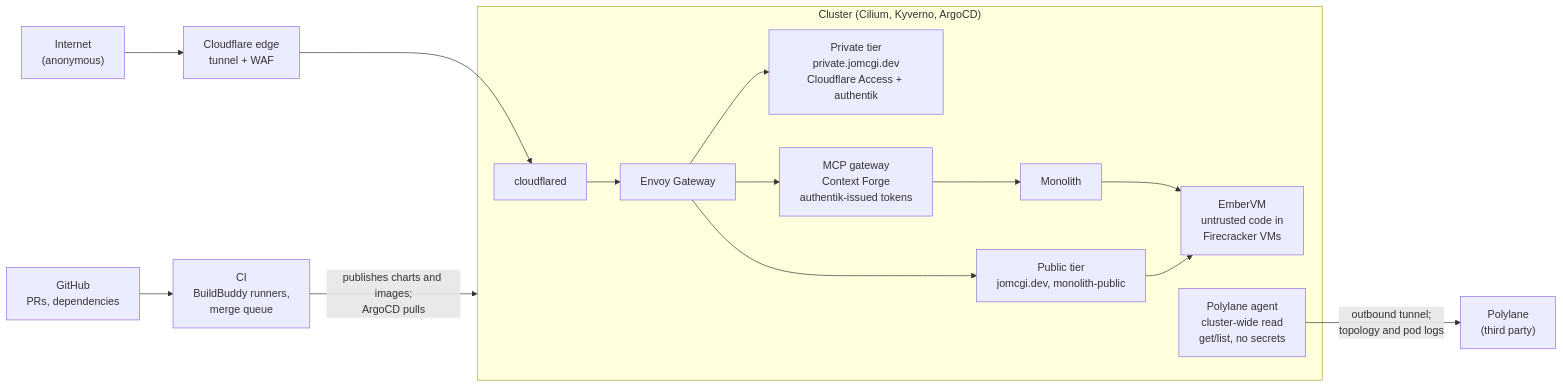
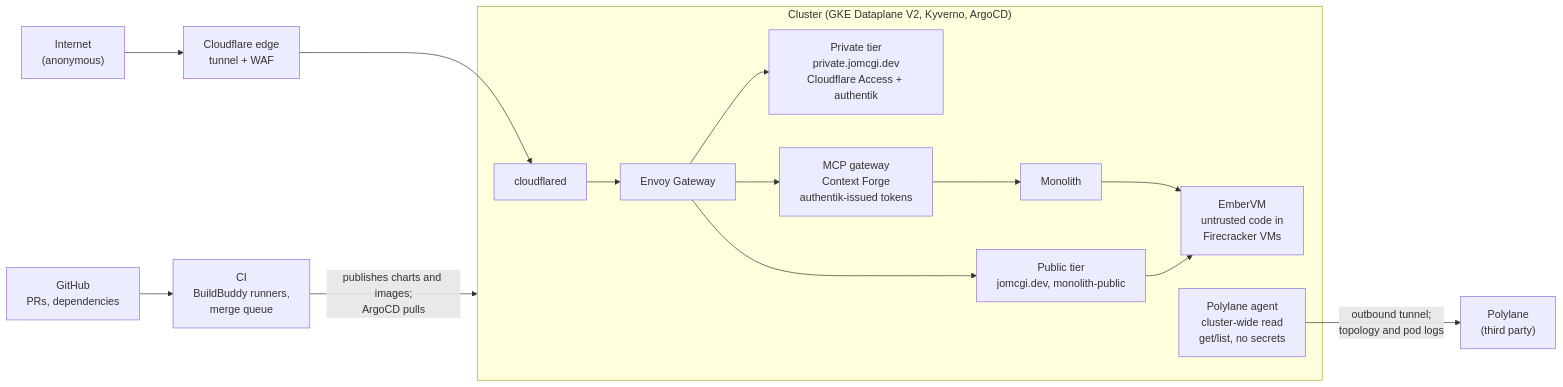
Before and after one commit to jomcgi-org/homelab: the diagram in docs/THREAT-MODEL.md, drawn with Mermaid. The commit also changed 20 other files, not shown here.

````diff
--- a/docs/THREAT-MODEL.md
+++ b/docs/THREAT-MODEL.md
@@ -26,18 +26,18 @@
 ```mermaid
 graph LR
     I["Internet<br/>(anonymous)"] --> CFE["Cloudflare edge<br/>tunnel + WAF"]
     GH["GitHub<br/>PRs, dependencies"] --> CI["CI<br/>BuildBuddy runners,<br/>merge queue"]
     CFE --> CFD
     CI -- "publishes charts and images;<br/>ArgoCD pulls" --> K8S
-    subgraph K8S ["Cluster (Cilium, Kyverno, ArgoCD)"]
+    subgraph K8S ["Cluster (GKE Dataplane V2, Kyverno, ArgoCD)"]
         CFD["cloudflared"] --> GW["Envoy Gateway"]
         GW --> PUB["Public tier<br/>jomcgi.dev, monolith-public"]
         GW --> PRIV["Private tier<br/>private.jomcgi.dev<br/>Cloudflare Access + authentik"]
         GW --> MCP["MCP gateway<br/>Context Forge<br/>authentik-issued tokens"]
         MCP --> MONO["Monolith"]
         MONO --> EVM["EmberVM<br/>untrusted code in<br/>Firecracker VMs"]
         PUB --> EVM
         POLY["Polylane agent<br/>cluster-wide read<br/>get/list, no secrets"]
     end
     POLY -- "outbound tunnel;<br/>topology and pod logs" --> PL["Polylane<br/>(third party)"]
 ```
````
